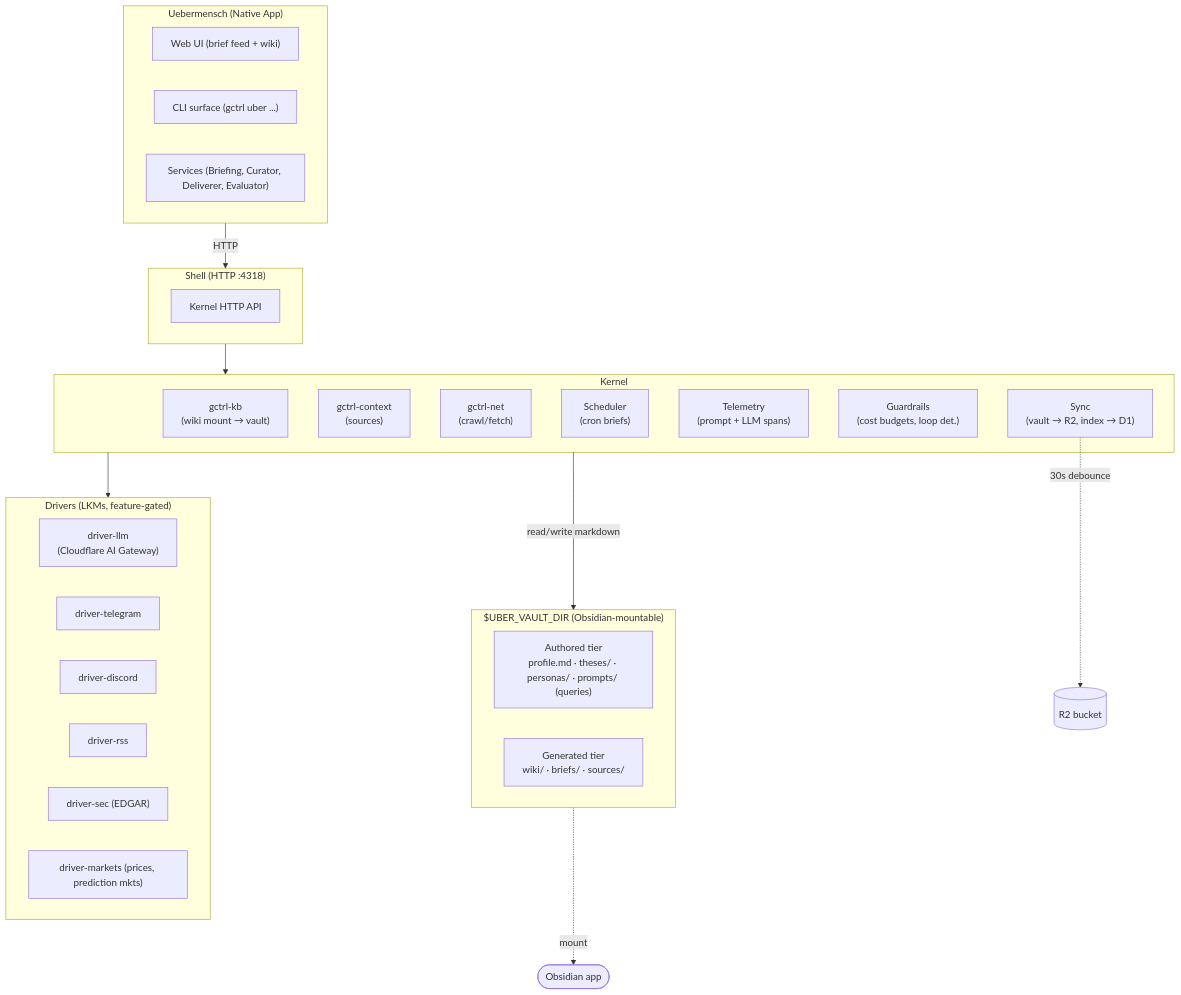
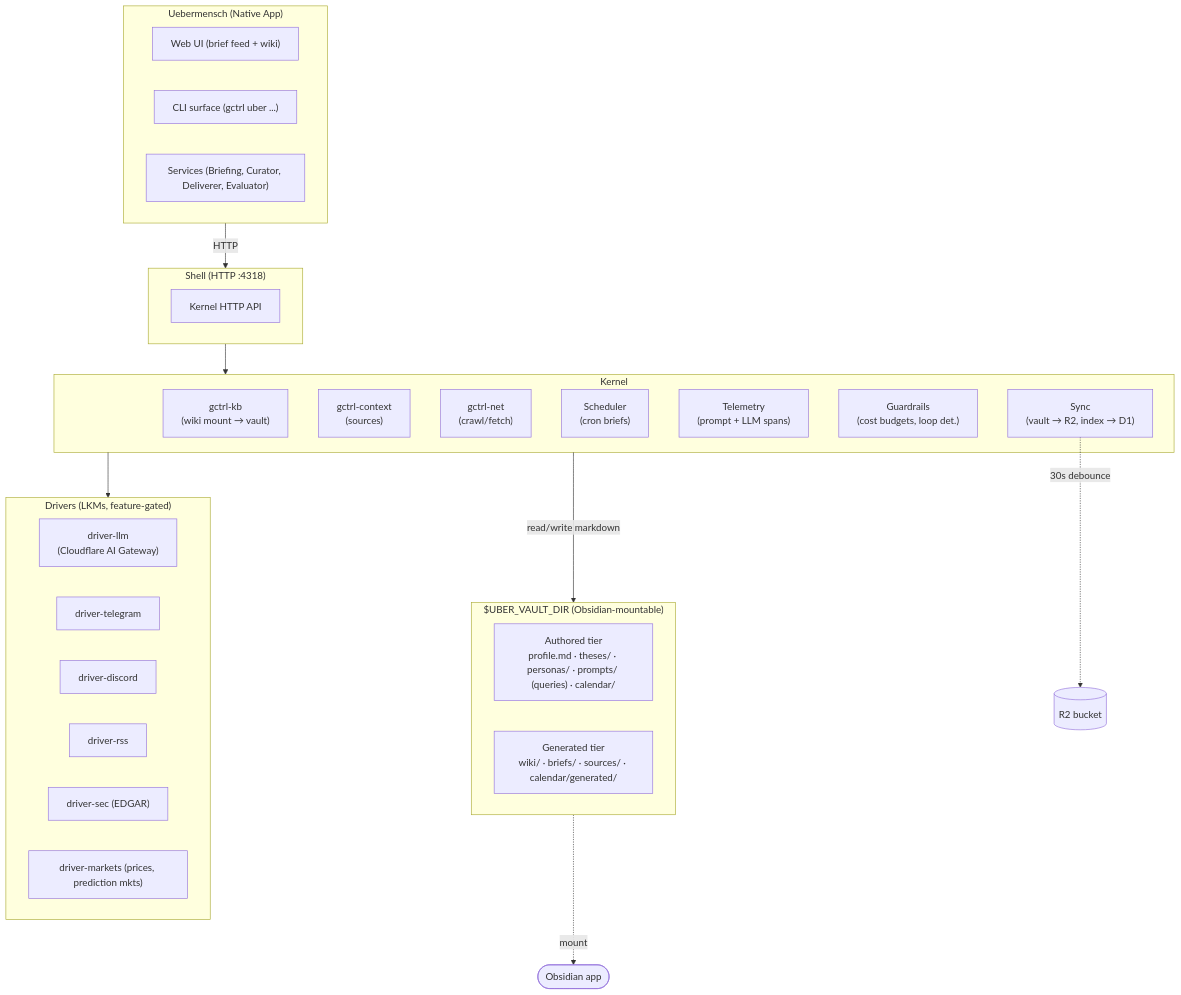
The diagram in apps/uebermensch/PRD.md (OpenHackersClub/gctrl), drawn with Mermaid before and after one commit. The commit also changed other lines of this file and 4 other files, not shown here.

````diff
--- a/apps/uebermensch/PRD.md
+++ b/apps/uebermensch/PRD.md
@@ -11,40 +11,40 @@
 ```mermaid
 flowchart TB
   subgraph App["Uebermensch (Native App)"]
     UI["Web UI (brief feed + wiki)"]
     CLI["CLI surface (gctrl uber ...)"]
     Svc["Services (Briefing, Curator, Deliverer, Evaluator)"]
   end
   subgraph Vault["$UBER_VAULT_DIR (Obsidian-mountable)"]
     direction LR
-    Authored["Authored tier\nprofile.md · theses/ · personas/ · prompts/ (queries)"]
-    Generated["Generated tier\nwiki/ · briefs/ · sources/"]
+    Authored["Authored tier\nprofile.md · theses/ · personas/ · prompts/ (queries) · calendar/"]
+    Generated["Generated tier\nwiki/ · briefs/ · sources/ · calendar/generated/"]
   end
   subgraph Shell["Shell (HTTP :4318)"]
     direction LR
     HTTP["Kernel HTTP API"]
   end
   subgraph Kernel["Kernel"]
     KB["gctrl-kb\n(wiki mount → vault)"]
     Ctx["gctrl-context\n(sources)"]
     Net["gctrl-net\n(crawl/fetch)"]
     Sched["Scheduler\n(cron briefs)"]
     OTel["Telemetry\n(prompt + LLM spans)"]
     Guard["Guardrails\n(cost budgets, loop det.)"]
     Sync["Sync\n(vault → R2, index → D1)"]
   end
   subgraph Drivers["Drivers (LKMs, feature-gated)"]
     Llm["driver-llm\n(Cloudflare AI Gateway)"]
     Tg["driver-telegram"]
     Dc["driver-discord"]
     Rss["driver-rss"]
     Sec["driver-sec (EDGAR)"]
     Mkt["driver-markets (prices, prediction mkts)"]
   end
   App -->|HTTP| Shell
   Shell --> Kernel
   Kernel -->|read/write markdown| Vault
   Kernel --> Drivers
   Sync -.->|30s debounce| R2[("R2 bucket")]
   Vault -.->|mount| Obsidian(["Obsidian app"])
 ```
````
